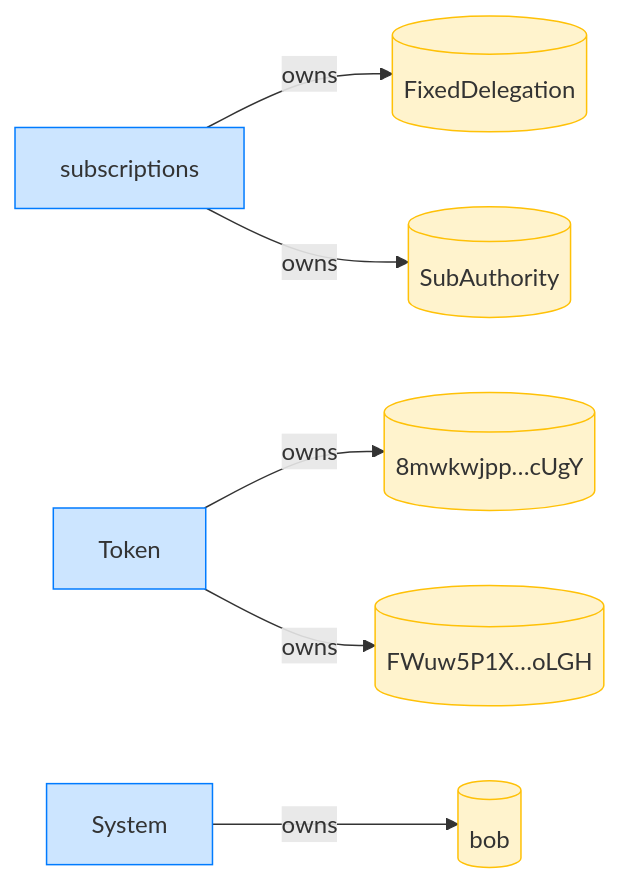
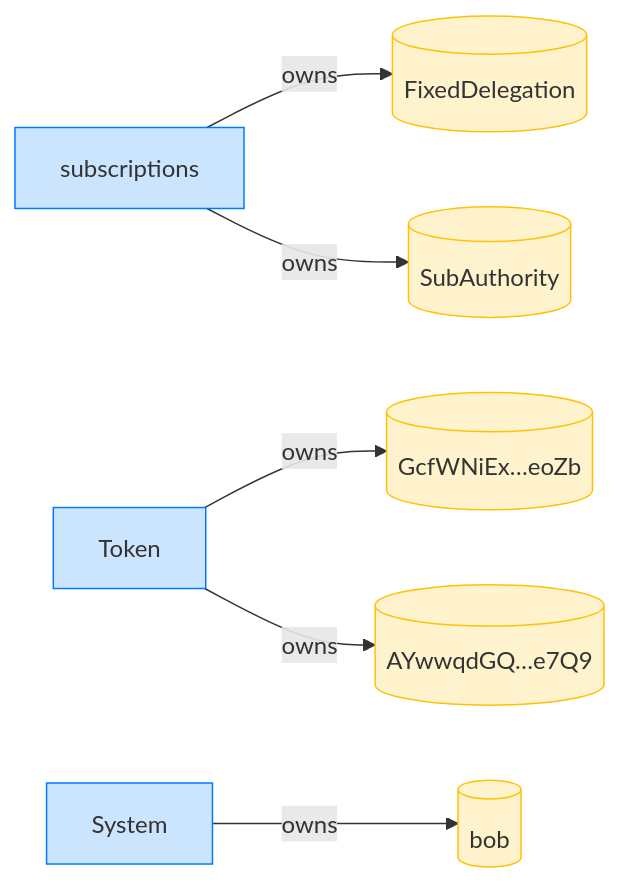
Before and after one commit to cds-rs/subscriptions: diagram 12 of 12 in dsl_tests/fixed-transfer-after-expiry-is-refused.md, drawn with Mermaid. The commit also changed other lines of this file and 224 other files, not shown here.

````diff
--- a/dsl_tests/fixed-transfer-after-expiry-is-refused.md
+++ b/dsl_tests/fixed-transfer-after-expiry-is-refused.md
@@ -232,18 +246,18 @@
 ```mermaid
 flowchart LR
     classDef owner fill:#cce5ff,stroke:#007bff;
     classDef account fill:#fff3cd,stroke:#ffc107;
     subscriptions[subscriptions]:::owner
     FixedDelegation[(FixedDelegation)]:::account
     SubAuthority[(SubAuthority)]:::account
     Token[Token]:::owner
-    8mwkwjpp_cUgY[("8mwkwjpp…cUgY")]:::account
-    FWuw5P1X_oLGH[("FWuw5P1X…oLGH")]:::account
+    GcfWNiEx_eoZb[("GcfWNiEx…eoZb")]:::account
+    AYwwqdGQ_e7Q9[("AYwwqdGQ…e7Q9")]:::account
     System[System]:::owner
     bob[(bob)]:::account
     subscriptions -->|owns| FixedDelegation
     subscriptions -->|owns| SubAuthority
-    Token -->|owns| 8mwkwjpp_cUgY
-    Token -->|owns| FWuw5P1X_oLGH
+    Token -->|owns| GcfWNiEx_eoZb
+    Token -->|owns| AYwwqdGQ_e7Q9
     System -->|owns| bob
 ```
````
